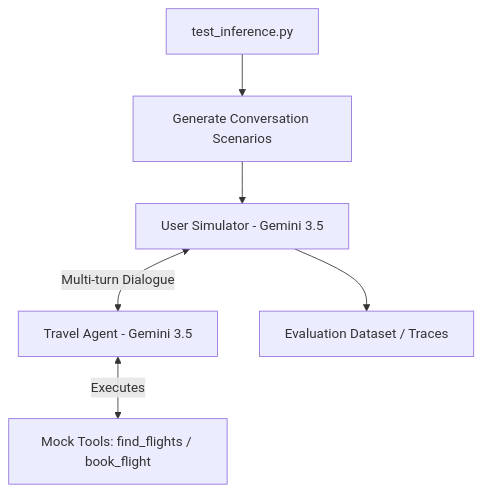
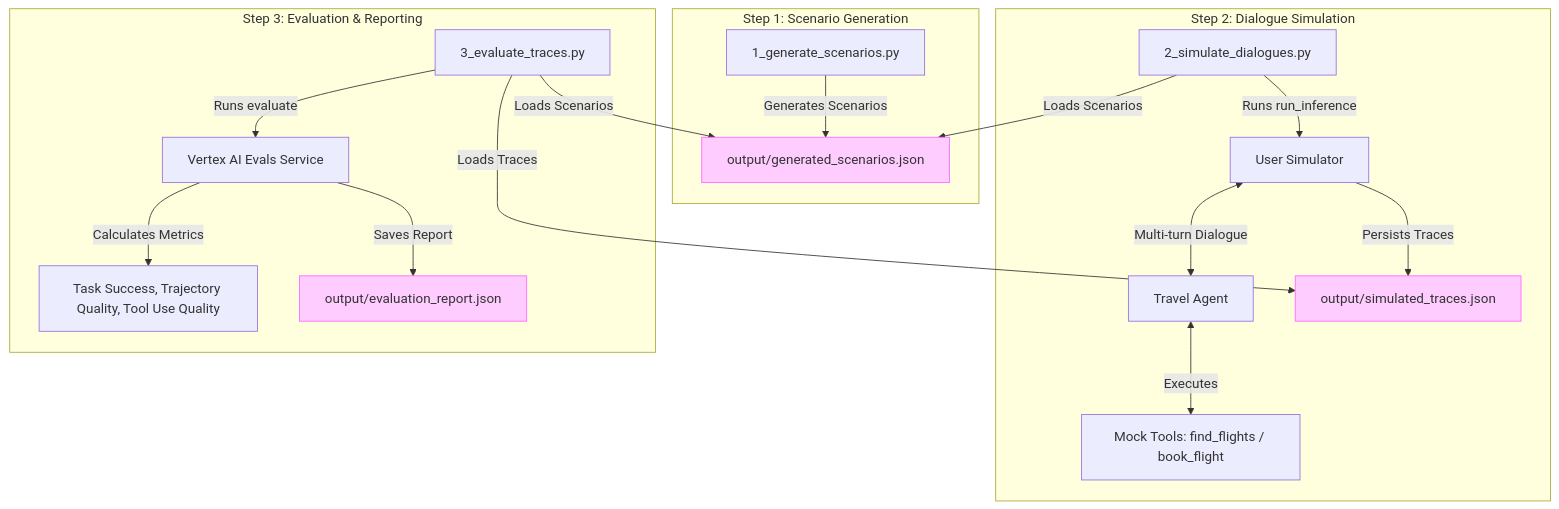
One commit to hning86/adk_agent_evaluation changed the diagram in README.md. Above: the diagram before and after it, drawn with Mermaid.

Commit message:
Update architecture diagram in README to reflect modular pipeline steps

````diff
--- a/README.md
+++ b/README.md
@@ -19,8 +19,25 @@
 ```mermaid
 graph TD
-    A[test_inference.py] --> B[Generate Conversation Scenarios]
-    B --> C[User Simulator - Gemini 3.5]
-    C <-->|Multi-turn Dialogue| D[Travel Agent - Gemini 3.5]
-    D <-->|Executes| E[Mock Tools: find_flights / book_flight]
-    C --> F[Evaluation Dataset / Traces]
+    subgraph Step 1: Scenario Generation
+        S1[1_generate_scenarios.py] -->|Generates Scenarios| Scen[output/generated_scenarios.json]
+    end
+
+    subgraph Step 2: Dialogue Simulation
+        S2[2_simulate_dialogues.py] -->|Loads Scenarios| Scen
+        S2 -->|Runs run_inference| Sim[User Simulator]
+        Sim <-->|Multi-turn Dialogue| TA[Travel Agent]
+        TA <-->|Executes| Tools[Mock Tools: find_flights / book_flight]
+        Sim -->|Persists Traces| Traces[output/simulated_traces.json]
+    end
+
+    subgraph Step 3: Evaluation & Reporting
+        S3[3_evaluate_traces.py] -->|Loads Scenarios| Scen
+        S3 -->|Loads Traces| Traces
+        S3 -->|Runs evaluate| Evals[Vertex AI Evals Service]
+        Evals -->|Calculates Metrics| Metrics[Task Success, Trajectory Quality, Tool Use Quality]
+        Evals -->|Saves Report| Report[output/evaluation_report.json]
+    end
+
+    classDef files fill:#fcf,stroke:#f6f,stroke-width:1px;
+    class Scen,Traces,Report files;
 ```
````
